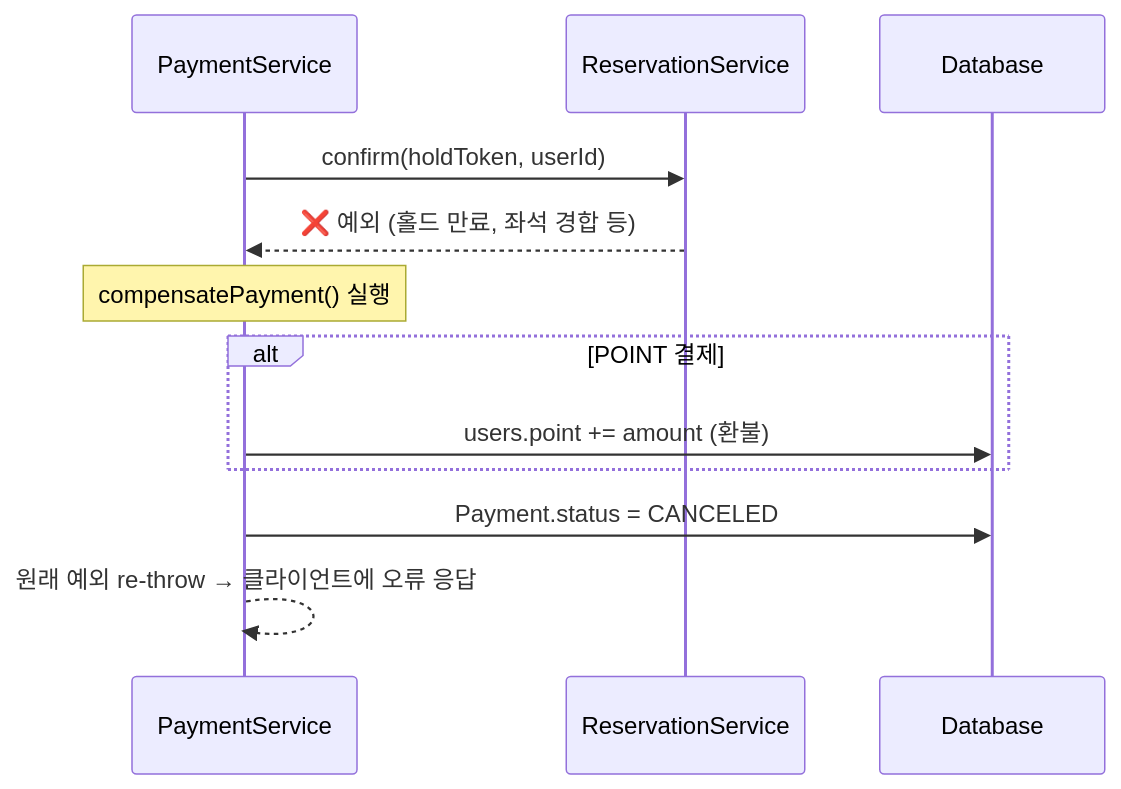
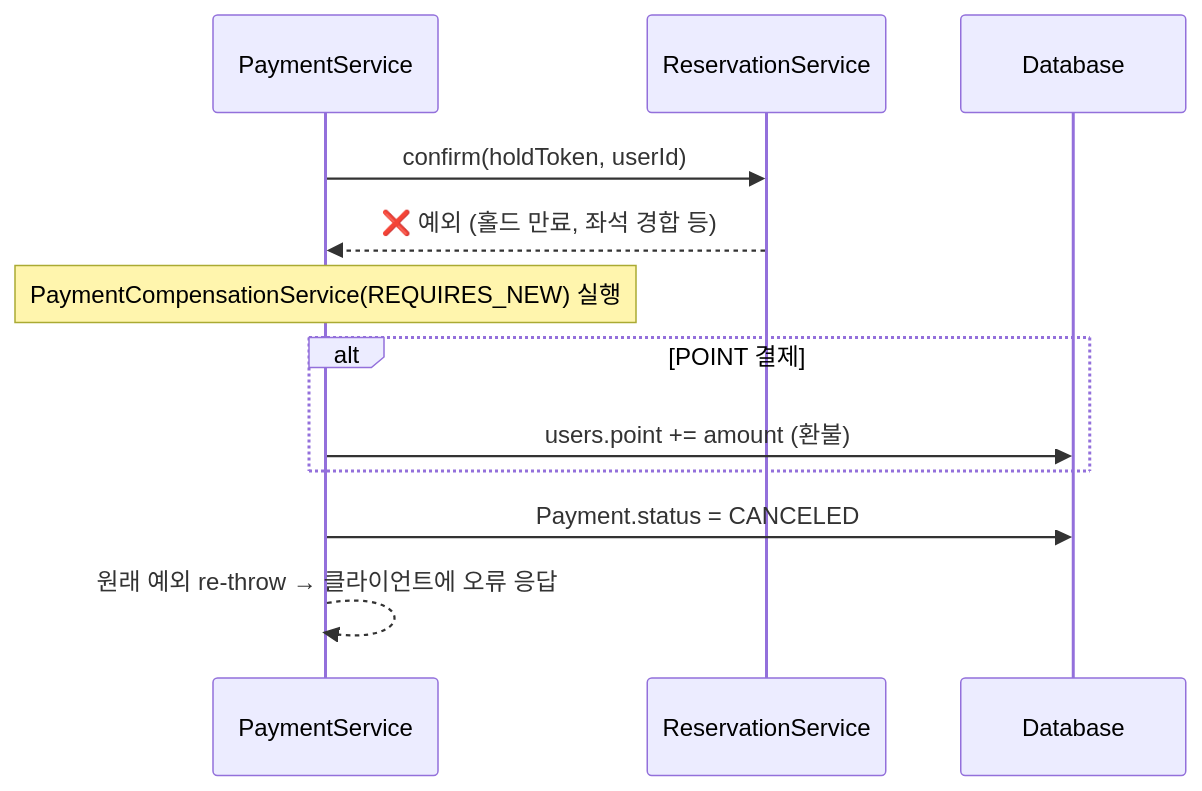
One commit to kiy3035/Ticketing changed the seventh of 8 diagrams in docs/backend-portfolio.md. Above: the diagram before and after it, drawn with Mermaid. The commit also changed other lines of this file and 5 other files, not shown here.

````diff
--- a/docs/backend-portfolio.md
+++ b/docs/backend-portfolio.md
@@ -416,16 +416,16 @@
 ```mermaid
 sequenceDiagram
     participant PS as PaymentService
     participant RS as ReservationService
     participant DB as Database
 
     PS->>RS: confirm(holdToken, userId)
     RS-->>PS: ❌ 예외 (홀드 만료, 좌석 경합 등)
 
-    Note over PS: compensatePayment() 실행
+    Note over PS: PaymentCompensationService(REQUIRES_NEW) 실행
     alt POINT 결제
         PS->>DB: users.point += amount (환불)
     end
     PS->>DB: Payment.status = CANCELED
     PS-->>PS: 원래 예외 re-throw → 클라이언트에 오류 응답
 ```
````
